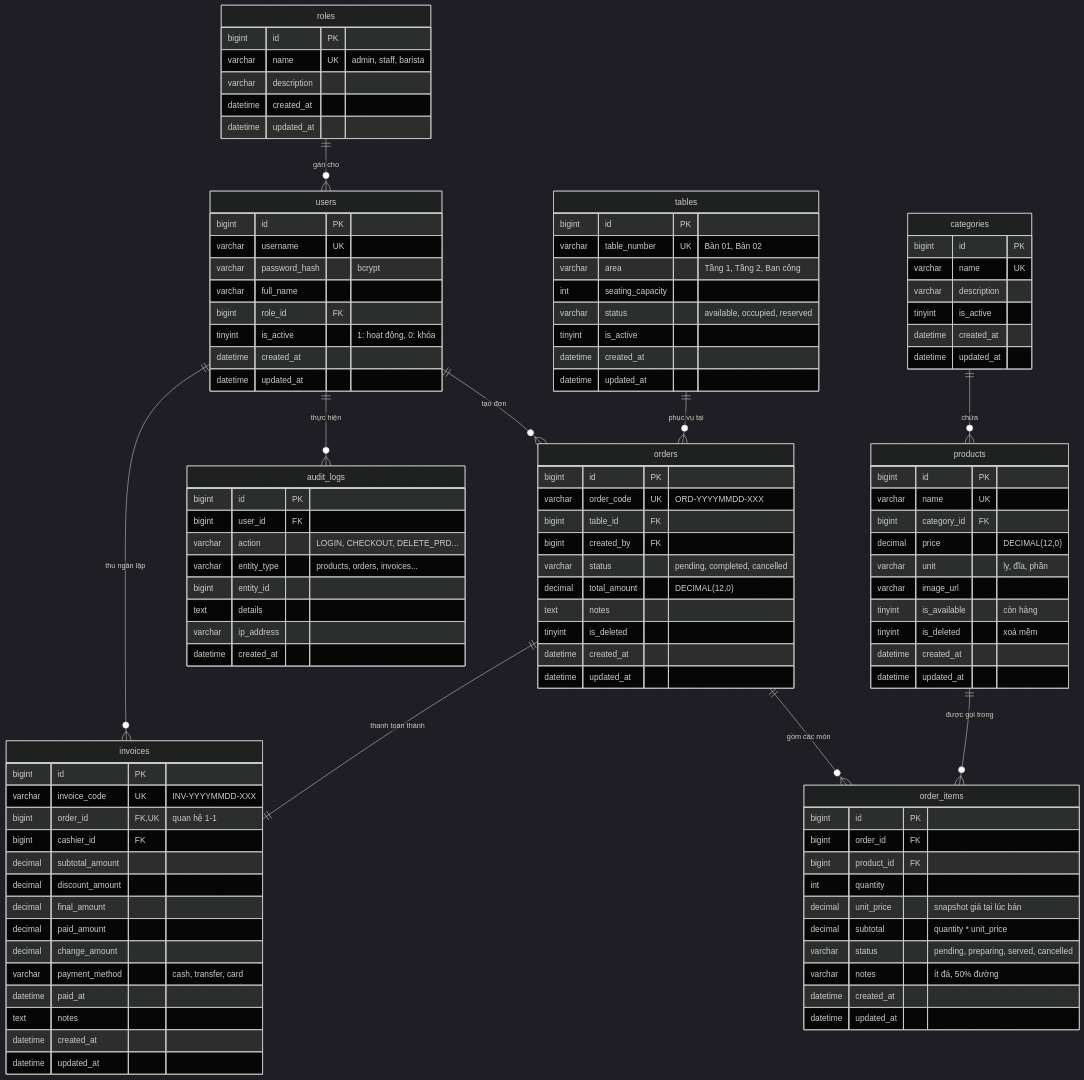
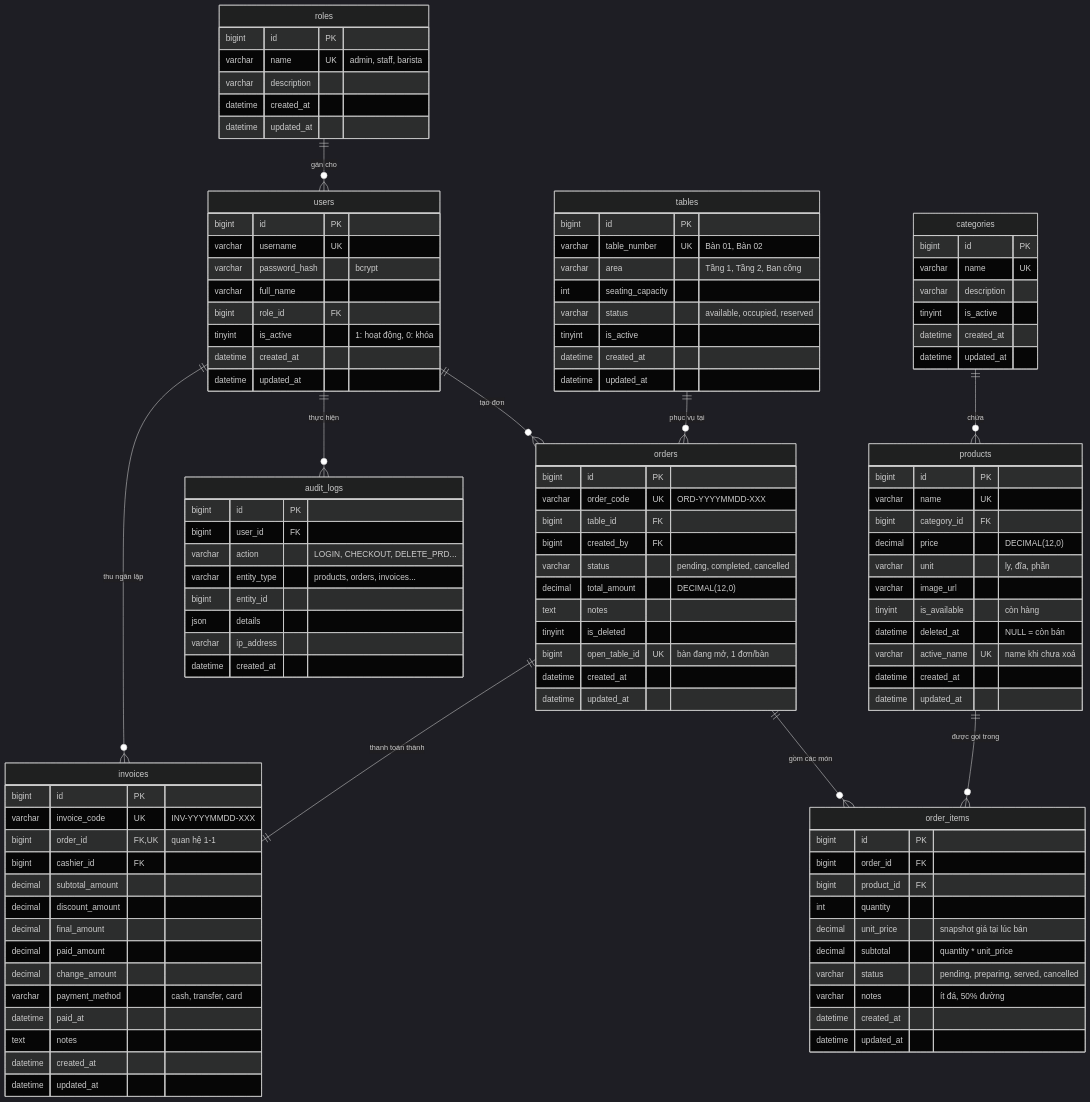
The diagram in docs/erd.md (Haianh4705/cafe-tlu), drawn with Mermaid (dark theme) before and after one commit. The commit also changed other lines of this file and 7 other files, not shown here.

```diff
--- a/docs/erd.md
+++ b/docs/erd.md
@@ -55,14 +55,14 @@
     users ||--o{ orders : "tạo đơn"
     users ||--o{ invoices : "thu ngân lập"
     users ||--o{ audit_logs : "thực hiện"
-    
+
     categories ||--o{ products : "chứa"
-    
+
     tables ||--o{ orders : "phục vụ tại"
-    
+
     orders ||--o{ order_items : "gồm các món"
     products ||--o{ order_items : "được gọi trong"
-    
+
     orders ||--|| invoices : "thanh toán thành"
 
     roles {
@@ -101,7 +101,8 @@
         varchar unit "ly, đĩa, phần"
         varchar image_url
         tinyint is_available "còn hàng"
-        tinyint is_deleted "xoá mềm"
+        datetime deleted_at "NULL = còn bán"
+        varchar active_name UK "name khi chưa xoá"
         datetime created_at
         datetime updated_at
     }
@@ -126,6 +127,7 @@
         decimal total_amount "DECIMAL(12,0)"
         text notes
         tinyint is_deleted
+        bigint open_table_id UK "bàn đang mở, 1 đơn/bàn"
         datetime created_at
         datetime updated_at
     }
@@ -166,7 +168,7 @@
         varchar action "LOGIN, CHECKOUT, DELETE_PRD..."
         varchar entity_type "products, orders, invoices..."
         bigint entity_id
-        text details
+        json details
         varchar ip_address
         datetime created_at
     }
```
